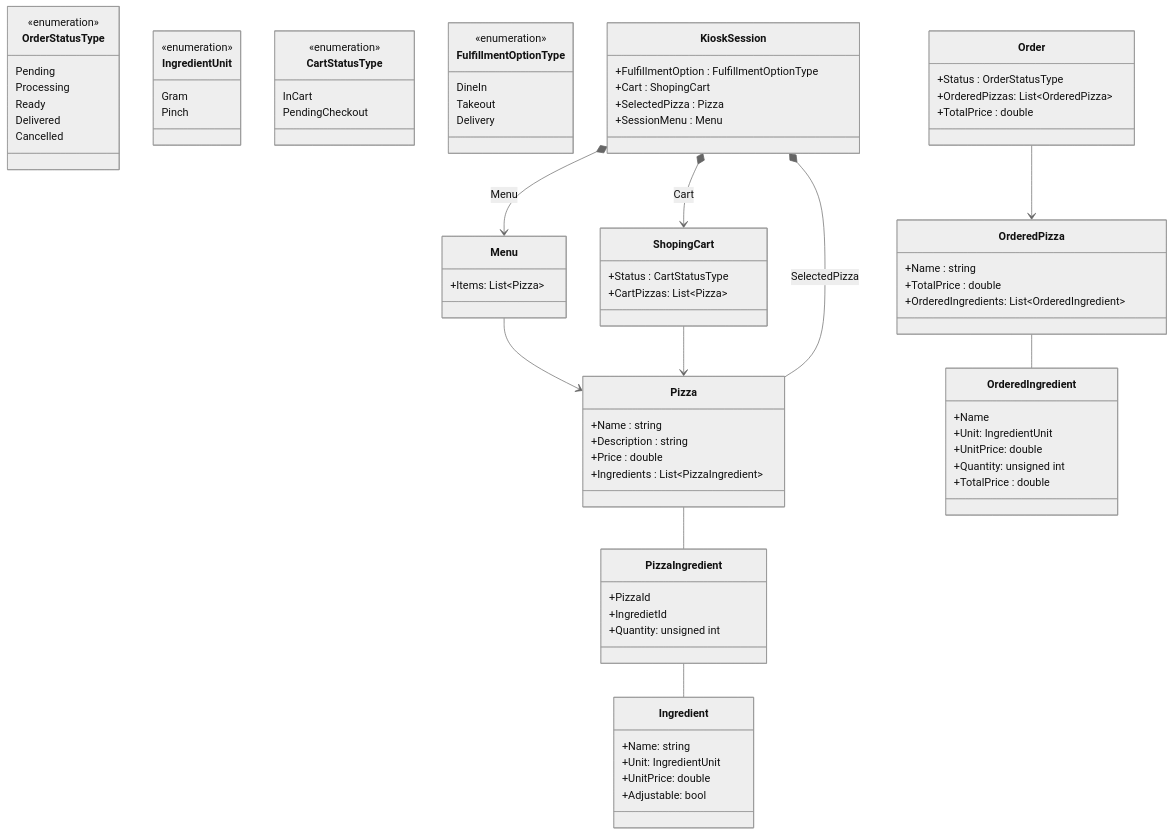
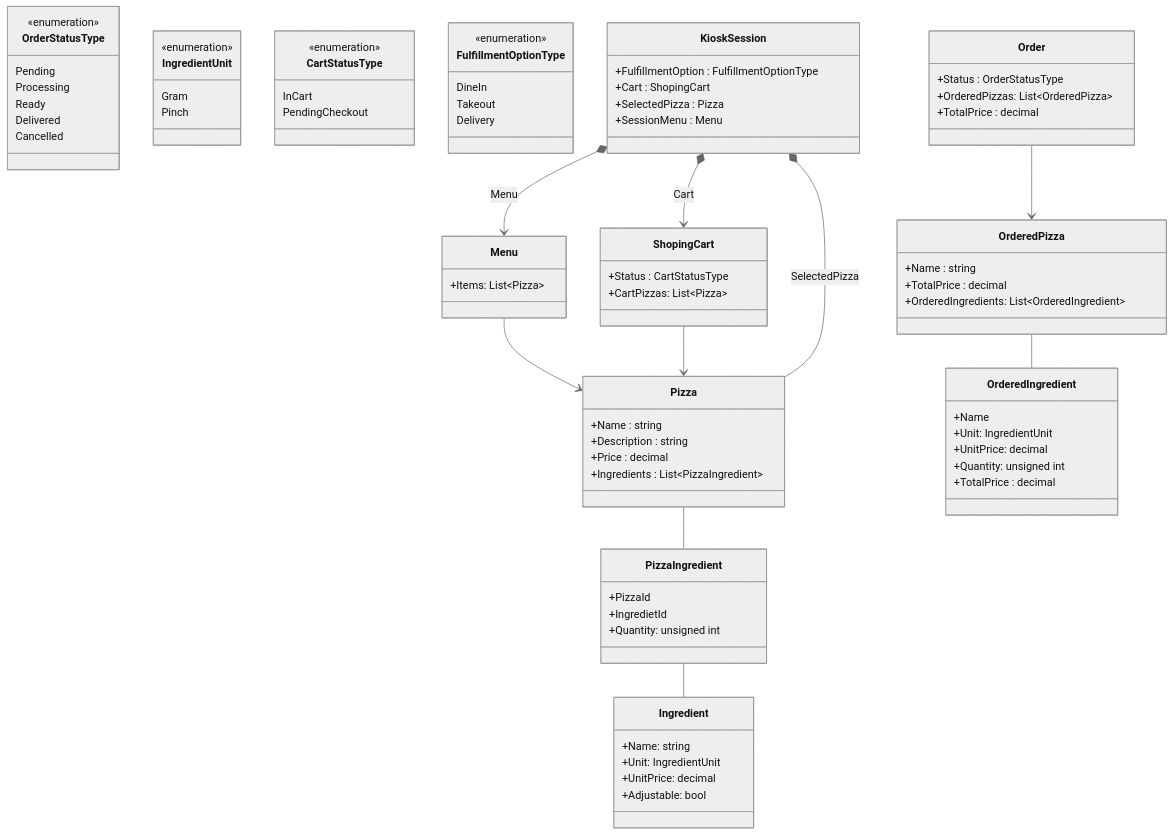
The diagram in AF/src/Utb.PizzaKiosk/README.md (ekral/FAI), drawn with Mermaid (neutral theme) before and after one commit.

```diff
--- a/AF/src/Utb.PizzaKiosk/README.md
+++ b/AF/src/Utb.PizzaKiosk/README.md
@@ -218,7 +218,7 @@
    class Ingredient{
       +Name: string
       +Unit: IngredientUnit
-      +UnitPrice: double
+      +UnitPrice: decimal
       +Adjustable: bool
    }
 
@@ -229,7 +229,7 @@
    class Pizza {
       +Name : string
       +Description : string
-      +Price : double
+      +Price : decimal
       +Ingredients : List~PizzaIngredient~
    }
 
@@ -242,21 +242,21 @@
   class Order{
       +Status : OrderStatusType
       +OrderedPizzas: List~OrderedPizza~
-      +TotalPrice : double
+      +TotalPrice : decimal
    }
 
    class OrderedPizza {
       +Name : string
-      +TotalPrice : double
+      +TotalPrice : decimal
       +OrderedIngredients: List~OrderedIngredient~
    }
 
    class OrderedIngredient {
        +Name
        +Unit: IngredientUnit
-       +UnitPrice: double
+       +UnitPrice: decimal
        +Quantity: unsigned int
-       +TotalPrice : double
+       +TotalPrice : decimal
    }
 
    Menu --> Pizza
```
